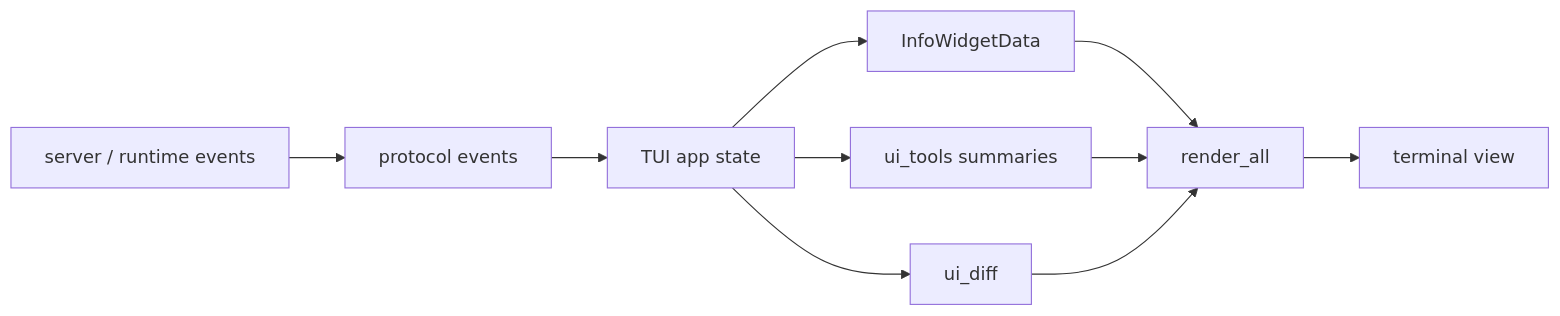
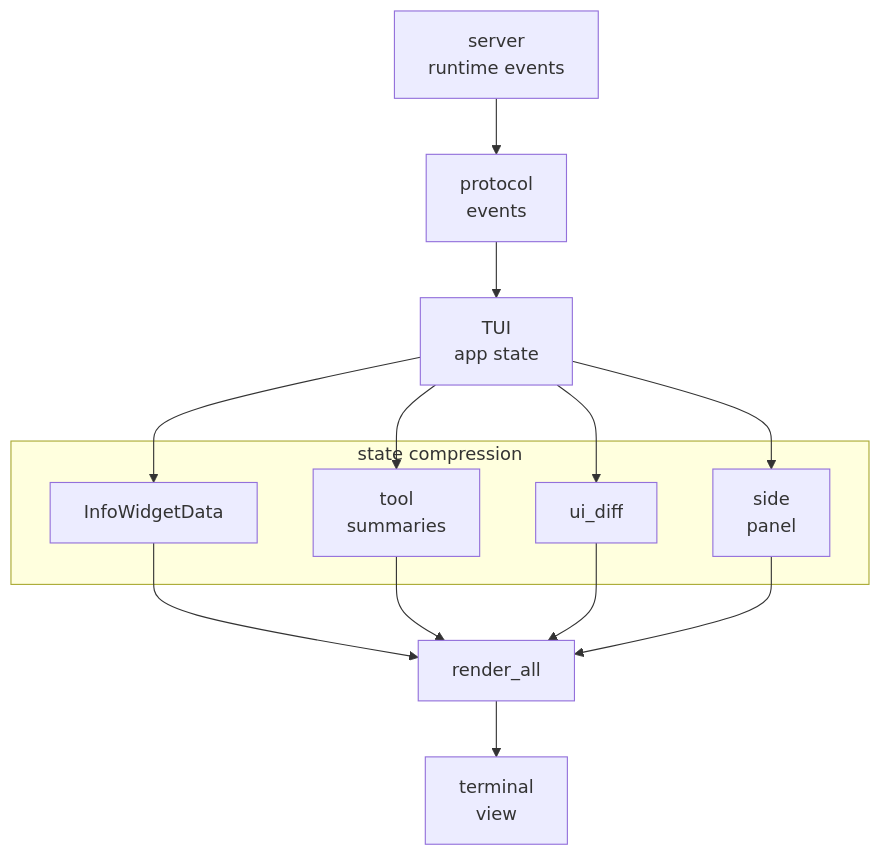
The first of 2 diagrams in docs/en/s06-tui-observability.md (Br1an67/learn-jcode), drawn with Mermaid before and after one commit. The commit also changed other lines of this file and 23 other files, not shown here.

Commit message:
Improve Mermaid diagram layout

````diff
--- a/docs/en/s06-tui-observability.md
+++ b/docs/en/s06-tui-observability.md
@@ -15,12 +15,22 @@
 ```mermaid
-flowchart LR
-  Server["server / runtime events"] --> Protocol["protocol events"]
-  Protocol --> AppState["TUI app state"]
-  AppState --> Widgets["InfoWidgetData"]
-  AppState --> Tools["ui_tools summaries"]
-  AppState --> Diff["ui_diff"]
+flowchart TD
+  Server["server<br/>runtime events"] --> Protocol["protocol<br/>events"]
+  Protocol --> AppState["TUI<br/>app state"]
+
+  subgraph ViewState["state compression"]
+    Widgets["InfoWidgetData"]
+    Tools["tool<br/>summaries"]
+    Diff["ui_diff"]
+    Panel["side<br/>panel"]
+  end
+
+  AppState --> Widgets
+  AppState --> Tools
+  AppState --> Diff
+  AppState --> Panel
   Widgets --> Render["render_all"]
   Tools --> Render
   Diff --> Render
-  Render --> User["terminal view"]
+  Panel --> Render
+  Render --> User["terminal<br/>view"]
 ```
````
